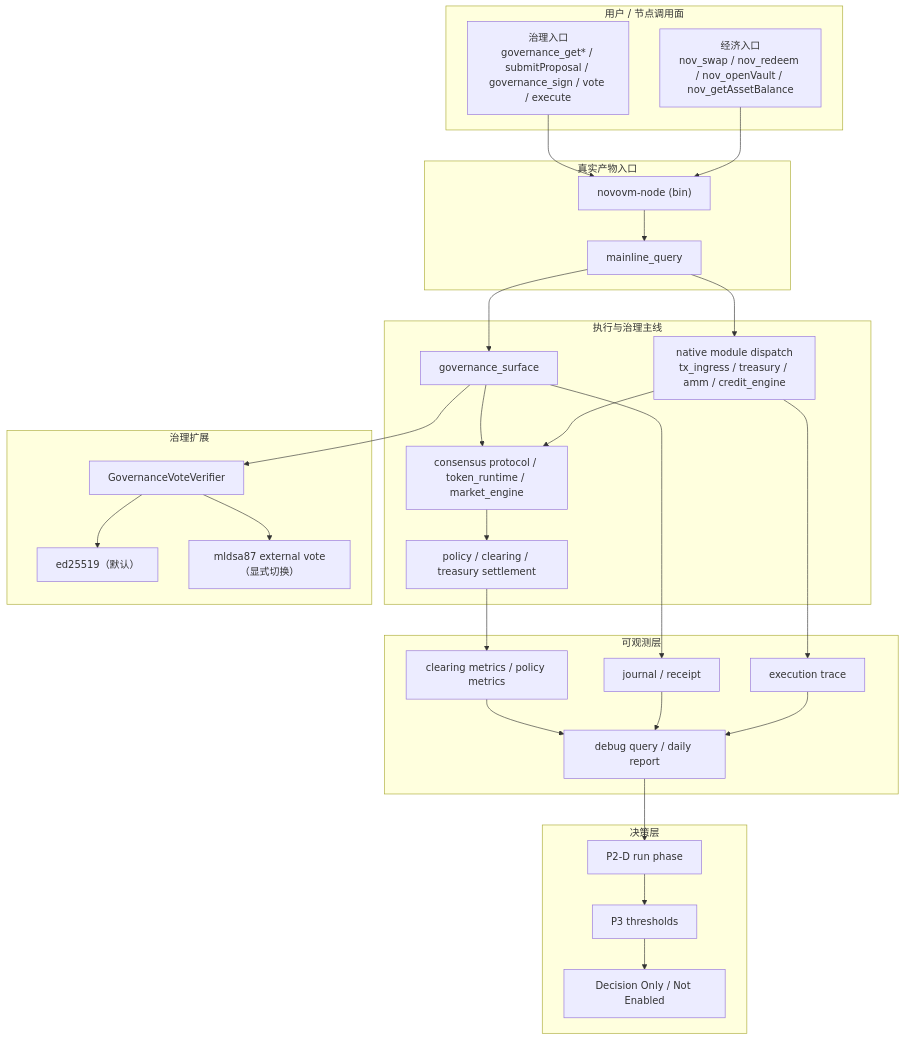
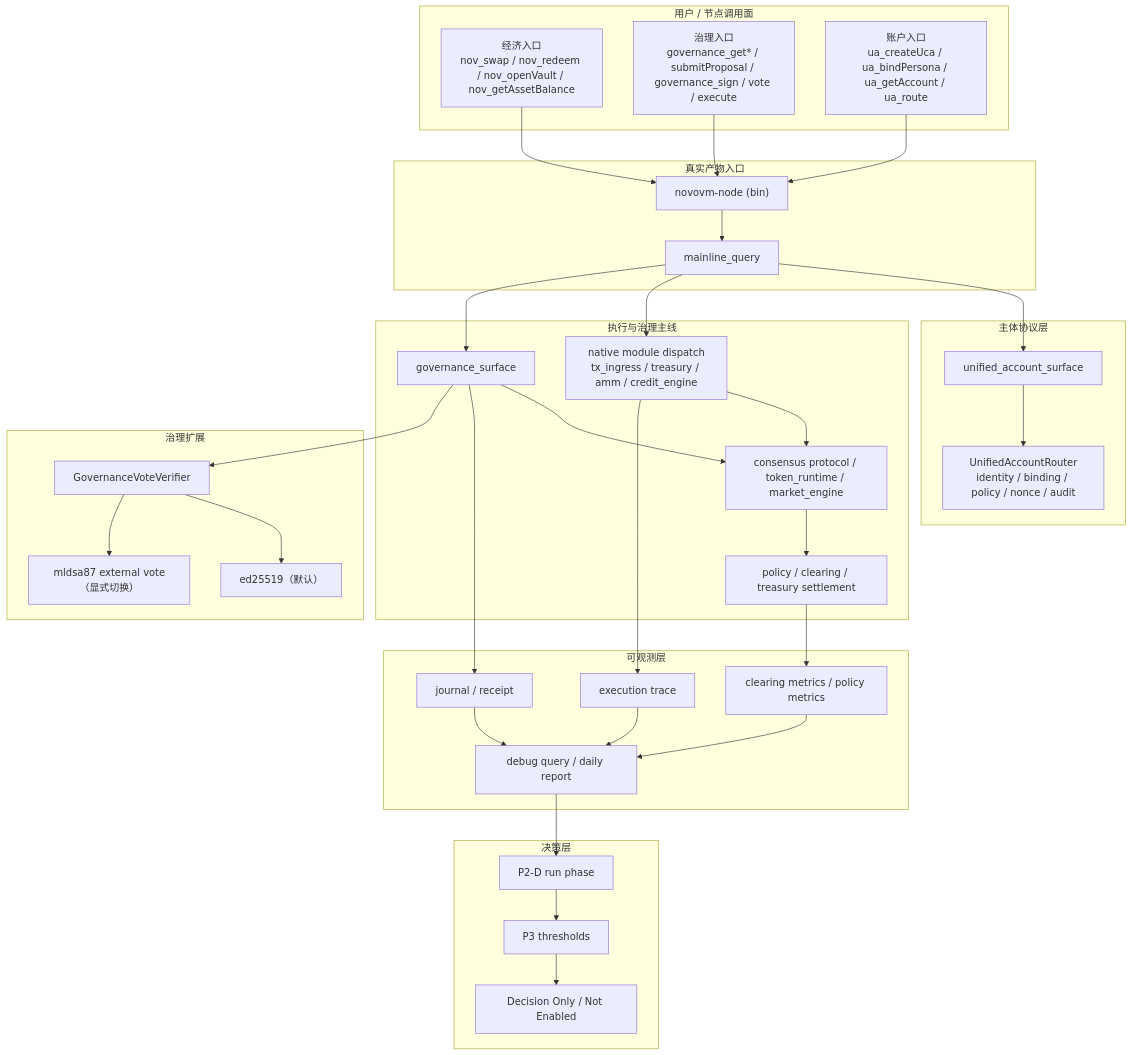
Before and after one commit to novovm/supervm: the diagram in docs_CN/NOVOVM-NETWORK/NOVOVM-CURRENT-SYSTEM-ARCHITECTURE-2026-04-19.md, drawn with Mermaid. The commit also changed other lines of this file and 83 other files, not shown here.

````diff
--- a/docs_CN/NOVOVM-NETWORK/NOVOVM-CURRENT-SYSTEM-ARCHITECTURE-2026-04-19.md
+++ b/docs_CN/NOVOVM-NETWORK/NOVOVM-CURRENT-SYSTEM-ARCHITECTURE-2026-04-19.md
@@ -21,59 +23,68 @@
 ```mermaid
 flowchart TB
     subgraph U["用户 / 节点调用面"]
         U1["经济入口<br/>nov_swap / nov_redeem / nov_openVault / nov_getAssetBalance"]
         U2["治理入口<br/>governance_get* / submitProposal / governance_sign / vote / execute"]
+        U3["账户入口<br/>ua_createUca / ua_bindPersona / ua_getAccount / ua_route"]
     end
 
     subgraph E["真实产物入口"]
         E1["novovm-node (bin)"]
         E2["mainline_query"]
+    end
+
+    subgraph A["主体协议层"]
+        A1["unified_account_surface"]
+        A2["UnifiedAccountRouter<br/>identity / binding / policy / nonce / audit"]
     end
 
     subgraph X["执行与治理主线"]
         X1["native module dispatch<br/>tx_ingress / treasury / amm / credit_engine"]
         X2["governance_surface"]
         X3["consensus protocol / token_runtime / market_engine"]
         X4["policy / clearing / treasury settlement"]
     end
 
     subgraph Q["治理扩展"]
         Q1["GovernanceVoteVerifier"]
         Q2["ed25519（默认）"]
         Q3["mldsa87 external vote（显式切换）"]
     end
 
     subgraph O["可观测层"]
         O1["execution trace"]
         O2["journal / receipt"]
         O3["clearing metrics / policy metrics"]
         O4["debug query / daily report"]
     end
 
     subgraph D["决策层"]
         D1["P2-D run phase"]
         D2["P3 thresholds"]
         D3["Decision Only / Not Enabled"]
     end
 
     U1 --> E1
     U2 --> E1
+    U3 --> E1
     E1 --> E2
+    E2 --> A1
     E2 --> X1
     E2 --> X2
+    A1 --> A2
     X1 --> X3
     X2 --> X3
     X3 --> X4
     X1 --> O1
     X2 --> O2
     X4 --> O3
     O1 --> O4
     O2 --> O4
     O3 --> O4
     O4 --> D1
     D1 --> D2
     D2 --> D3
     X2 --> Q1
     Q1 --> Q2
     Q1 --> Q3
 ```
````
